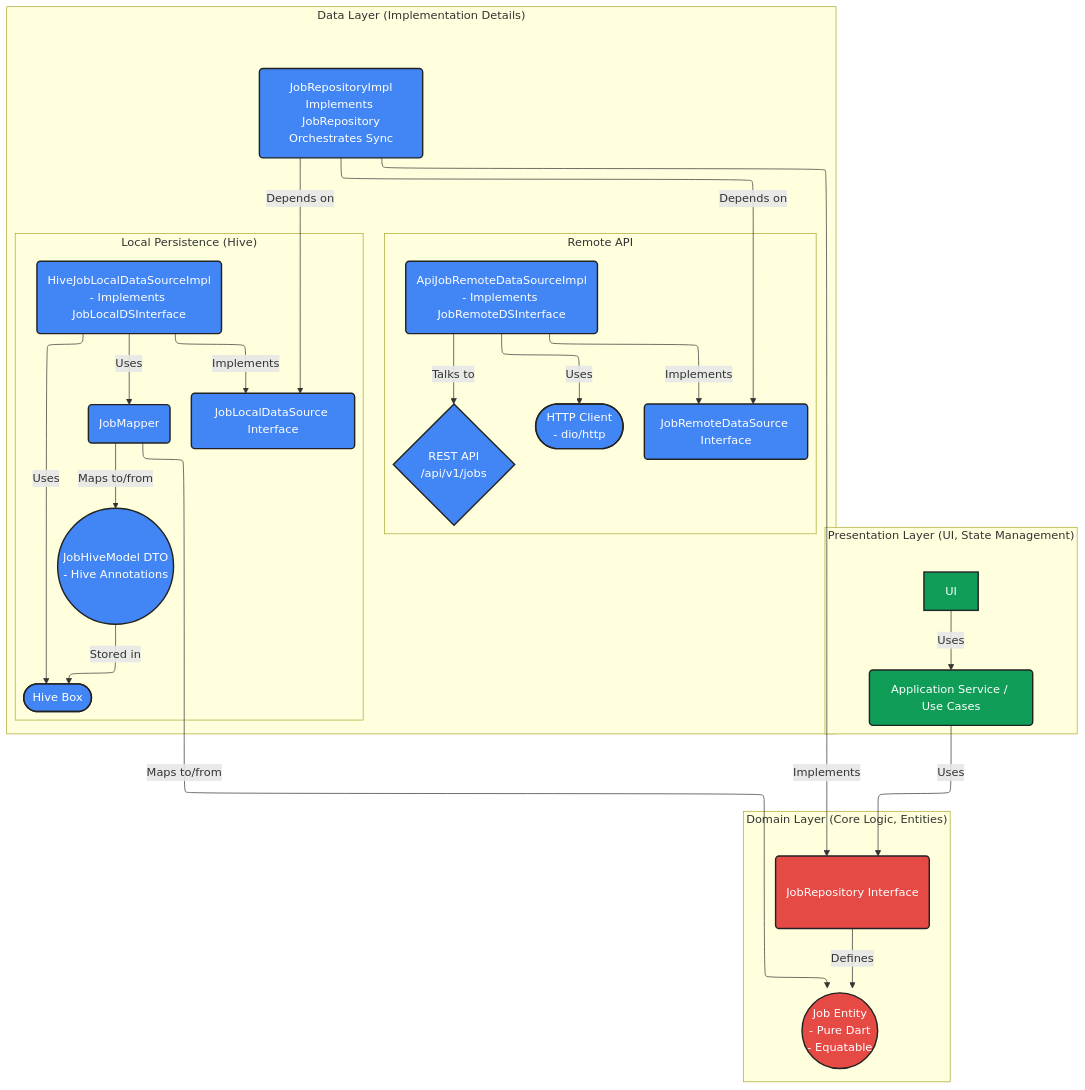
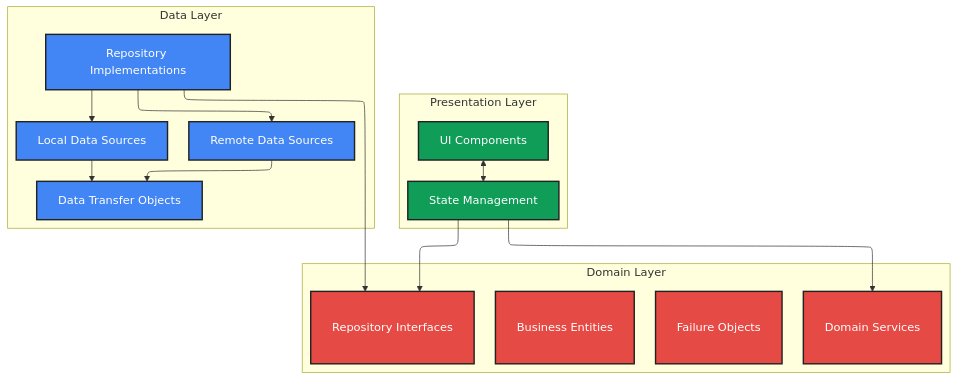
Before and after one commit to MediScribe/docjet-mobile: the diagram in docs/fresh-start/architecture.md, drawn with Mermaid. The commit also changed other lines of this file and 3 other files, not shown here.

First line of the commit message:
refactor(docs): restructure architecture docs for maintainability

````diff
--- a/docs/fresh-start/architecture.md
+++ b/docs/fresh-start/architecture.md
@@ -3,47 +26,40 @@
 ```mermaid
 %%{init: {'flowchart': {'defaultRenderer': 'elk'}}}%%
 graph TD
-    subgraph "Presentation Layer (UI, State Management)"
-        UI --> |Uses| AppService(Application Service / Use Cases)
-        
+    subgraph "Presentation Layer"
+        UI[UI Components]
+        StateManagement[State Management]
+        UI <--> StateManagement
     end
-
-    subgraph "Domain Layer (Core Logic, Entities)"
-        AppService -->|Uses| JobRepositoryInterface(JobRepository Interface)
-        JobEntity((Job Entity<br>- Pure Dart<br>- Equatable))
-        JobRepositoryInterface -- Defines --> JobEntity
+    
+    subgraph "Domain Layer"
+        Entities[Business Entities]
+        Repositories[Repository Interfaces]
+        Services[Domain Services]
+        Failures[Failure Objects]
     end
-
-    subgraph "Data Layer (Implementation Details)"
-        JobRepositoryImpl(JobRepositoryImpl<br>Implements JobRepository<br>Orchestrates Sync) -->|Implements| JobRepositoryInterface
-        JobRepositoryImpl -->|Depends on| JobLocalDSInterface(JobLocalDataSource Interface)
-        JobRepositoryImpl -->|Depends on| JobRemoteDSInterface(JobRemoteDataSource Interface)
-
-        subgraph "Local Persistence (Hive)"
-            HiveJobLocalDS(HiveJobLocalDataSourceImpl<br>- Implements JobLocalDSInterface) -->|Implements| JobLocalDSInterface
-            HiveJobLocalDS -->|Uses| JobMapper(JobMapper)
-            HiveJobLocalDS -->|Uses| HiveBox([Hive Box])
-            JobMapper -->|Maps to/from| JobHiveModel((JobHiveModel DTO<br>- Hive Annotations))
-            JobMapper -->|Maps to/from| JobEntity
-            JobHiveModel -- Stored in --> HiveBox
-        end
-
-        subgraph "Remote API"
-            ApiJobRemoteDS(ApiJobRemoteDataSourceImpl<br>- Implements JobRemoteDSInterface) -->|Implements| JobRemoteDSInterface
-            ApiJobRemoteDS -->|Uses| HttpClient([HTTP Client<br>- dio/http])
-            ApiJobRemoteDS -->|Talks to| RestAPI{REST API<br>/api/v1/jobs}
-            %% ApiJobRemoteDS -->|Maps JSON to/from| JobEntity %% Potentially needs ApiDTO later
-        end
+    
+    subgraph "Data Layer"
+        RepoImpl[Repository Implementations]
+        RemoteDS[Remote Data Sources]
+        LocalDS[Local Data Sources]
+        DTOs[Data Transfer Objects]
     end
-
-    %% Styling for clarity with improved contrast
-    classDef invisible fill:none,stroke:none;
+    
+    StateManagement --> Repositories
+    StateManagement --> Services
+    
+    RepoImpl --> Repositories
+    RepoImpl --> RemoteDS
+    RepoImpl --> LocalDS
+    RemoteDS --> DTOs
+    LocalDS --> DTOs
+    
+    classDef presentation fill:#0F9D58,stroke:#222,stroke-width:2px,color:#fff;
     classDef domain fill:#E64A45,stroke:#222,stroke-width:2px,color:#fff,padding:15px;
     classDef data fill:#4285F4,stroke:#222,stroke-width:2px,color:#fff;
-    classDef presentation fill:#0F9D58,stroke:#222,stroke-width:2px,color:#fff;
-
-    class JobEntity,JobRepositoryInterface domain;
-    class JobRepositoryImpl,JobLocalDSInterface,JobRemoteDSInterface,HiveJobLocalDS,ApiJobRemoteDS,JobMapper,JobHiveModel,HiveBox,HttpClient,RestAPI data;
-    class UI,AppService presentation;
-
+    
+    class UI,StateManagement presentation;
+    class Entities,Repositories,Services,Failures domain;
+    class RepoImpl,RemoteDS,LocalDS,DTOs data;
 ```
````
